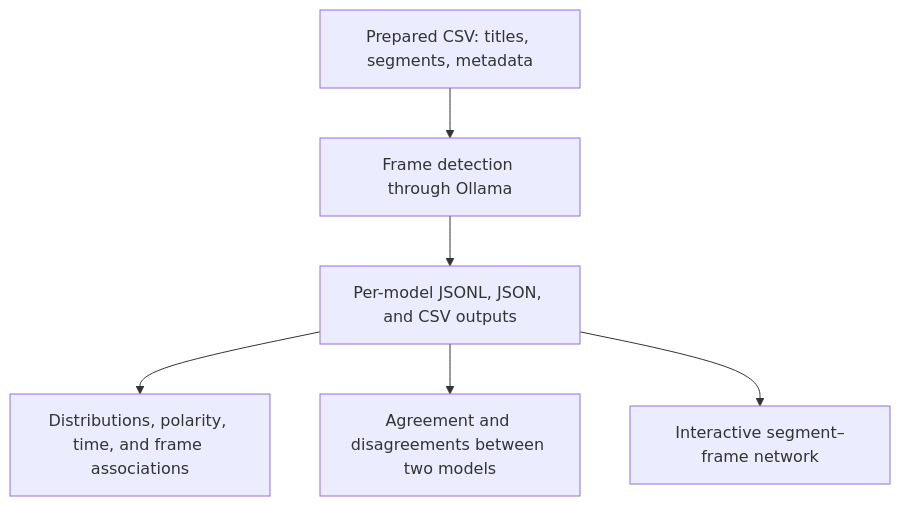
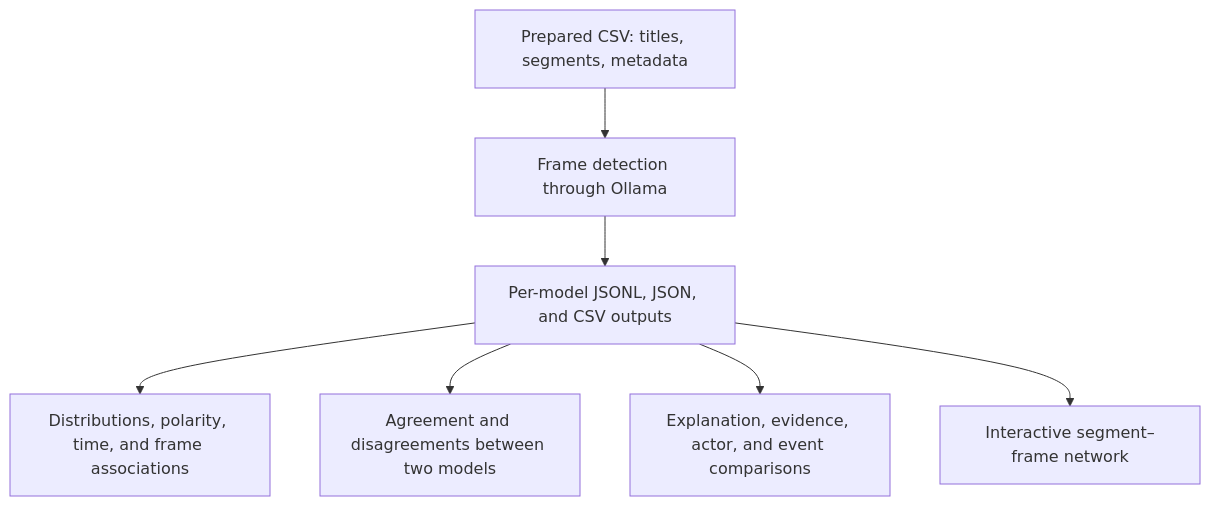
The diagram in README.md (carmand03/shenbao-frame-detection), drawn with Mermaid before and after one commit. The commit also changed other lines of this file, not shown here.

````diff
--- a/README.md
+++ b/README.md
@@ -42,8 +44,9 @@
 ```mermaid
 flowchart TD
     A[Prepared CSV: titles, segments, metadata] --> B[Frame detection through Ollama]
     B --> C[Per-model JSONL, JSON, and CSV outputs]
     C --> D[Distributions, polarity, time, and frame associations]
     C --> E[Agreement and disagreements between two models]
+    C --> G[Explanation, evidence, actor, and event comparisons]
     C --> F[Interactive segment–frame network]
 ```
````
